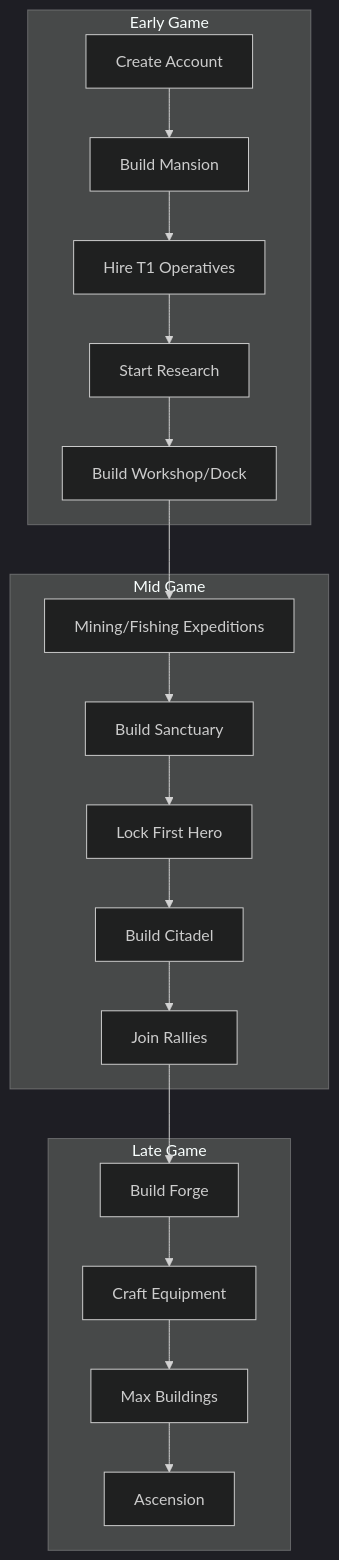
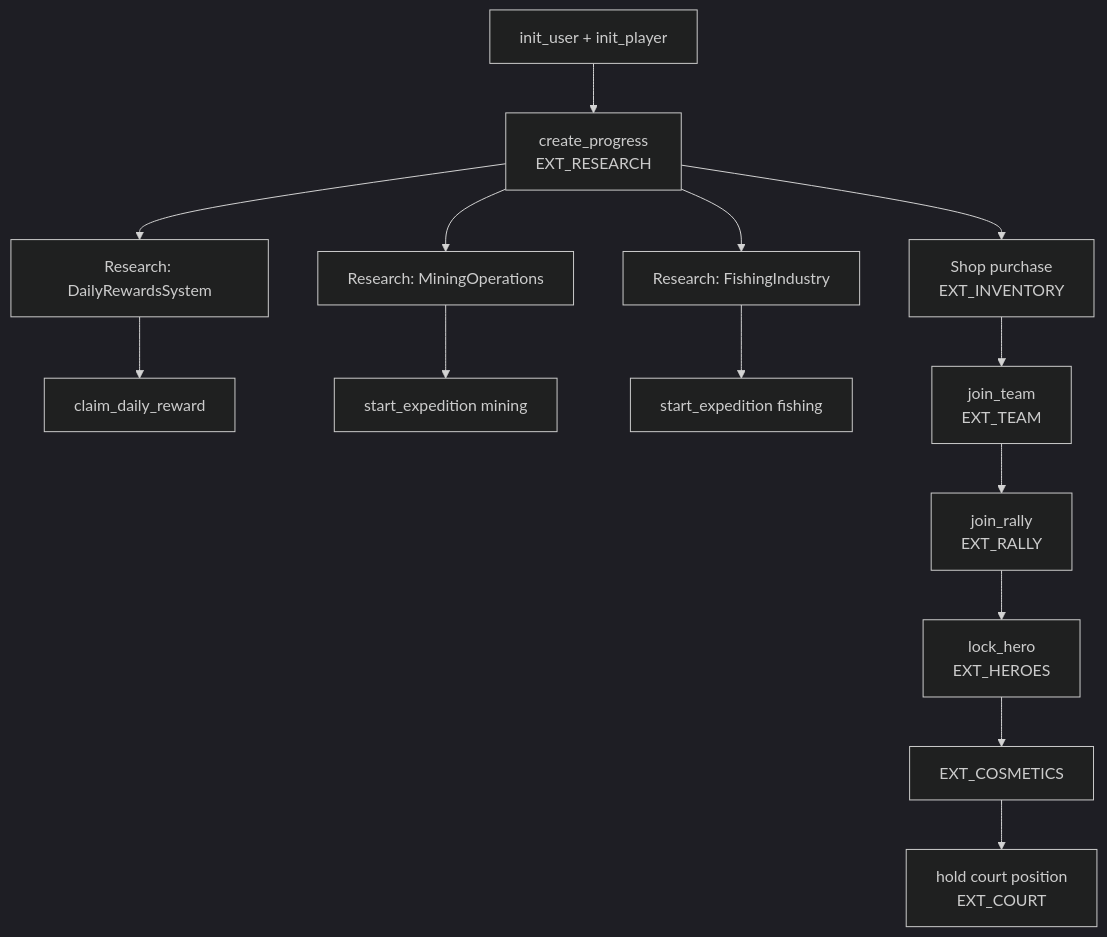
The fourth of 4 diagrams in docs/onchain/02-player-journey/progression-gates.md (crypt0miester/novus-mundus), drawn with Mermaid (dark theme) before and after one commit. The commit also changed other lines of this file and 259 other files, not shown here.

Commit message:
Add player journey game plan: narrative arc, the Steward, estate redesign and Market unbundling

````diff
--- a/docs/onchain/02-player-journey/progression-gates.md
+++ b/docs/onchain/02-player-journey/progression-gates.md
@@ -198,24 +232,16 @@
 ```mermaid
 graph TB
-    subgraph "Early Game"
-        A[Create Account] --> B[Build Mansion]
-        B --> C[Hire T1 Operatives]
-        C --> D[Start Research]
-        D --> E[Build Workshop/Dock]
-    end
-
-    subgraph "Mid Game"
-        E --> F[Mining/Fishing Expeditions]
-        F --> G[Build Sanctuary]
-        G --> H[Lock First Hero]
-        H --> I[Build Citadel]
-        I --> J[Join Rallies]
-    end
-
-    subgraph "Late Game"
-        J --> K[Build Forge]
-        K --> L[Craft Equipment]
-        L --> M[Max Buildings]
-        M --> N[Ascension]
-    end
+    A["init_user + init_player"] --> B["create_progress<br/>EXT_RESEARCH"]
+    B --> C["Research: DailyRewardsSystem"]
+    B --> D["Research: MiningOperations"]
+    B --> E["Research: FishingIndustry"]
+    C --> F["claim_daily_reward"]
+    D --> G["start_expedition mining"]
+    E --> H["start_expedition fishing"]
+    B --> I["Shop purchase<br/>EXT_INVENTORY"]
+    I --> J["join_team<br/>EXT_TEAM"]
+    J --> K["join_rally<br/>EXT_RALLY"]
+    K --> L["lock_hero<br/>EXT_HEROES"]
+    L --> M["EXT_COSMETICS"]
+    M --> N["hold court position<br/>EXT_COURT"]
 ```
````
